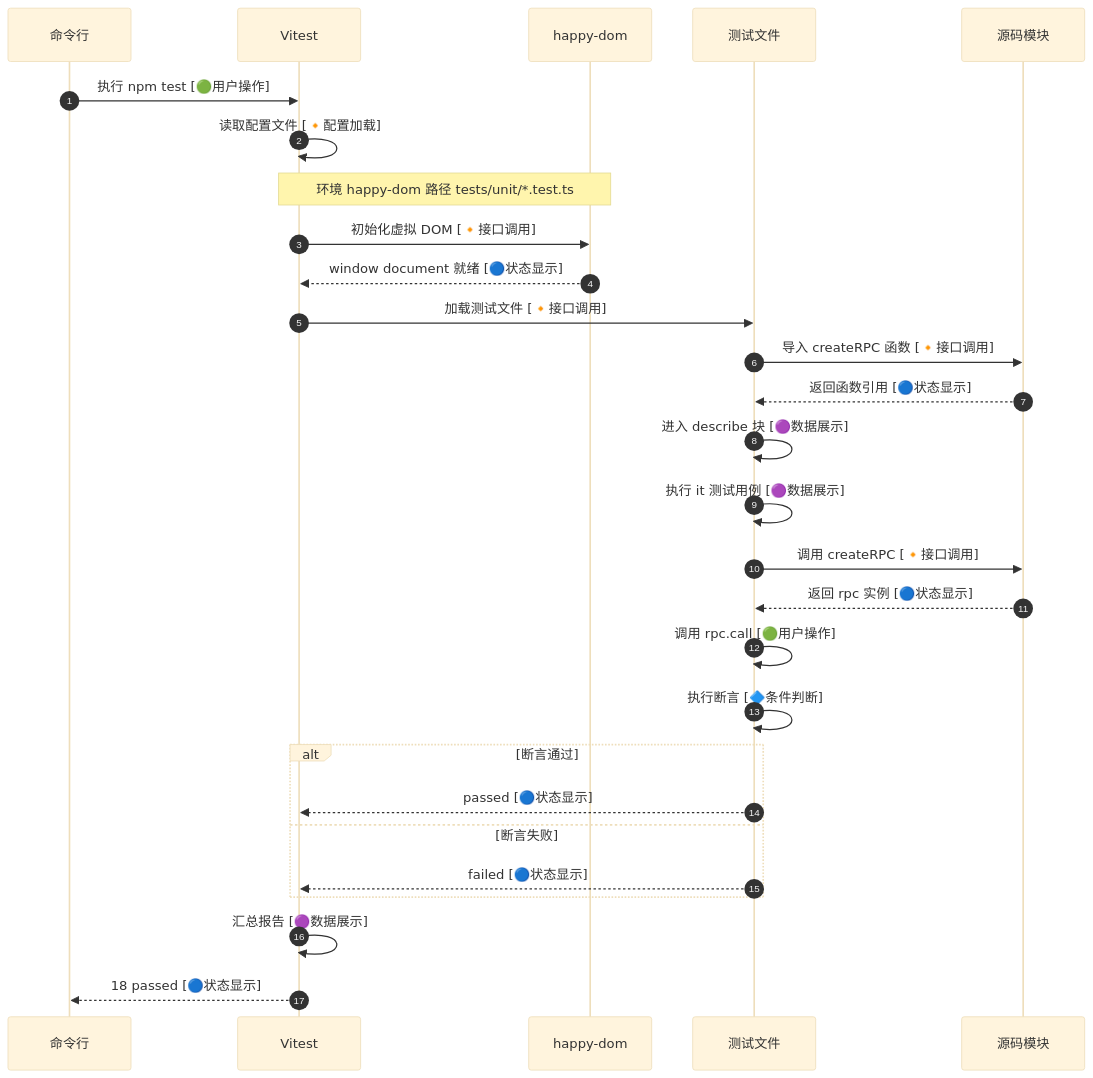
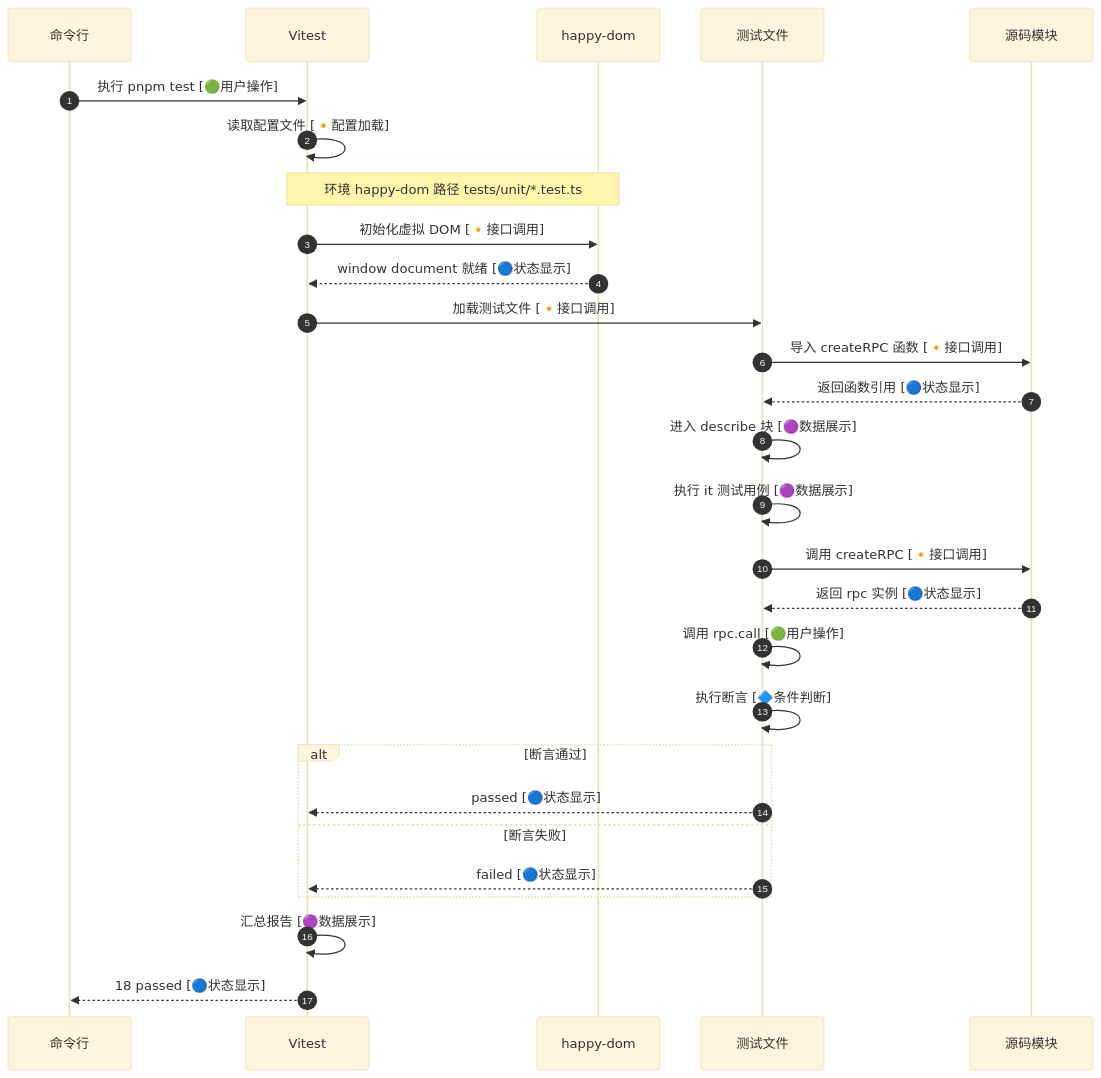
The second of 9 diagrams in docs/TESTING_WORKFLOW.md (yuukiLike/iframe-link), drawn with Mermaid (base theme) before and after one commit. The commit also changed other lines of this file and 12 other files, not shown here.

````diff
--- a/docs/TESTING_WORKFLOW.md
+++ b/docs/TESTING_WORKFLOW.md
@@ -59,41 +59,41 @@
 ```mermaid
 sequenceDiagram
     autonumber
     participant CLI as 命令行
     participant V as Vitest
     participant H as happy-dom
     participant T as 测试文件
     participant S as 源码模块
 
     %% 初始化阶段
-    CLI->>V: 执行 npm test [🟢用户操作]
+    CLI->>V: 执行 pnpm test [🟢用户操作]
     V->>V: 读取配置文件 [🔸配置加载]
     Note over V,H: 环境 happy-dom 路径 tests/unit/*.test.ts
     V->>H: 初始化虚拟 DOM [🔸接口调用]
     H-->>V: window document 就绪 [🔵状态显示]
 
     %% 加载阶段
     V->>T: 加载测试文件 [🔸接口调用]
     T->>S: 导入 createRPC 函数 [🔸接口调用]
     S-->>T: 返回函数引用 [🔵状态显示]
 
     %% 执行阶段
     T->>T: 进入 describe 块 [🟣数据展示]
     T->>T: 执行 it 测试用例 [🟣数据展示]
 
     T->>S: 调用 createRPC [🔸接口调用]
     S-->>T: 返回 rpc 实例 [🔵状态显示]
 
     T->>T: 调用 rpc.call [🟢用户操作]
     T->>T: 执行断言 [🔷条件判断]
 
     %% 结果阶段
     alt 断言通过
         T-->>V: passed [🔵状态显示]
     else 断言失败
         T-->>V: failed [🔵状态显示]
     end
 
     V->>V: 汇总报告 [🟣数据展示]
     V-->>CLI: 18 passed [🔵状态显示]
 ```
````
